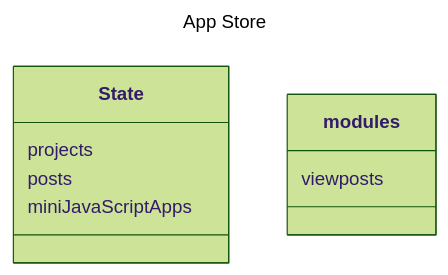
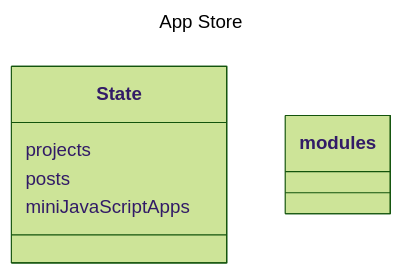
The first of 2 diagrams in README.md (f2xiao/site), drawn with Mermaid (forest theme) before and after one commit. The commit also changed 8 other files, not shown here.

````diff
--- a/README.md
+++ b/README.md
@@ -7,12 +7,11 @@
 ```mermaid
 ---
 title: App Store
 ---
 classDiagram
   class State
   State : projects
   State : posts
   State : miniJavaScriptApps
   class modules
-  modules: viewposts
 ```
````
